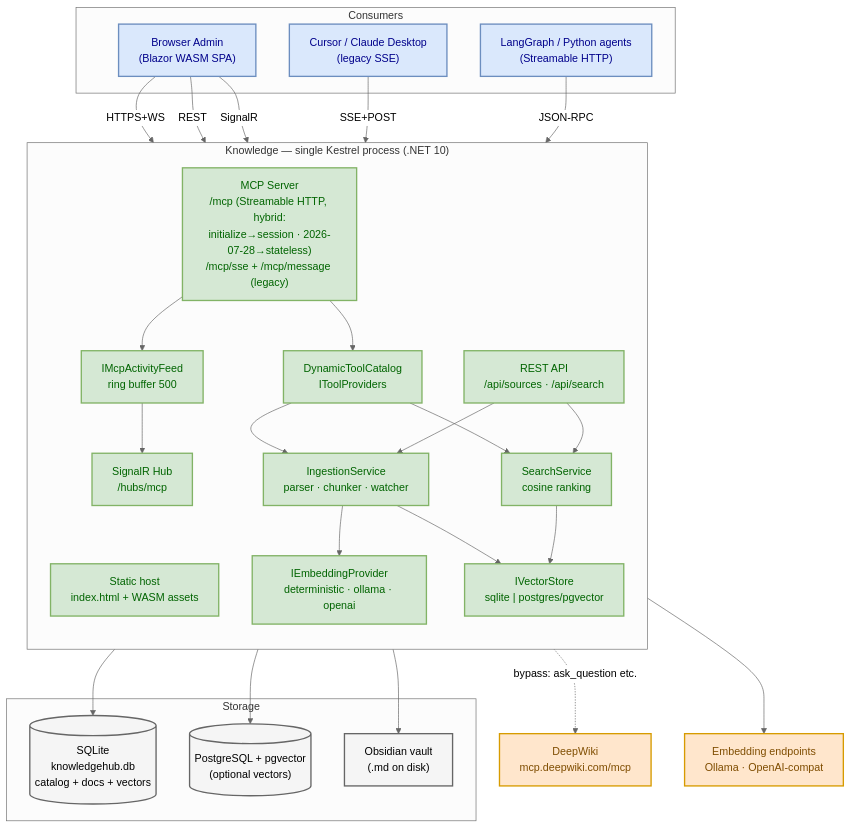
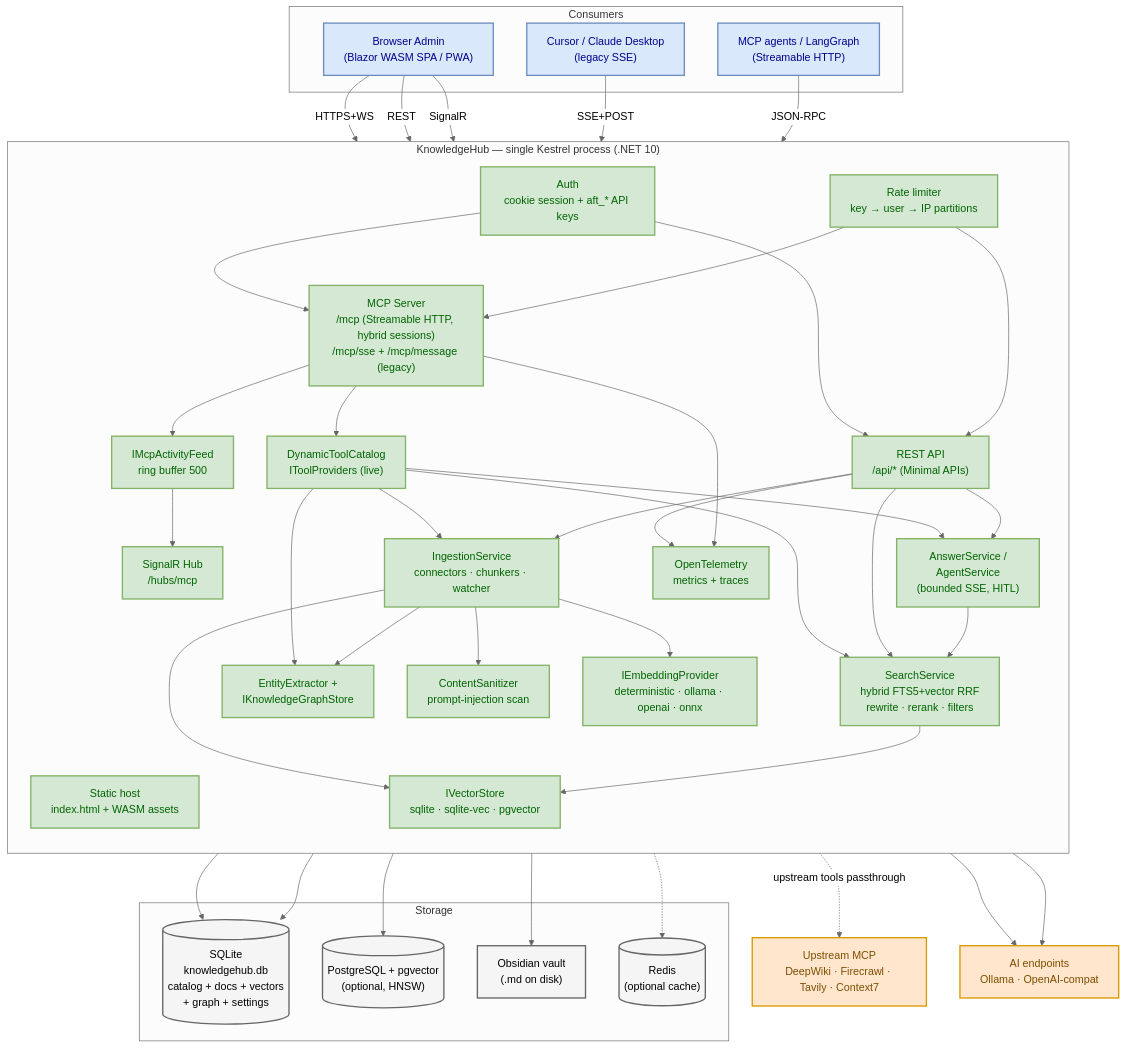
One commit to afonsoft/LangGraph-UI changed the first of 3 diagrams in docs/architecture/system-architecture.md. Above: the diagram before and after it, drawn with Mermaid. The commit also changed other lines of this file and 29 other files, not shown here.

First line of the commit message:
docs: refresh architecture docs, ADRs, READMEs, and aux guides (#173)

````diff
--- a/docs/architecture/system-architecture.md
+++ b/docs/architecture/system-architecture.md
@@ -10,33 +10,40 @@
 %%{init: {'theme':'neutral'}}%%
 flowchart TB
     subgraph Clients["Consumers"]
-        UI["Browser Admin<br/>(Blazor WASM SPA)"]
+        UI["Browser Admin<br/>(Blazor WASM SPA / PWA)"]
         CUR["Cursor / Claude Desktop<br/>(legacy SSE)"]
-        AG["LangGraph / Python agents<br/>(Streamable HTTP)"]
+        AG["MCP agents / LangGraph<br/>(Streamable HTTP)"]
     end
 
-    subgraph KH["Knowledge — single Kestrel process (.NET 10)"]
+    subgraph KH["KnowledgeHub — single Kestrel process (.NET 10)"]
         direction TB
         SPA["Static host<br/>index.html + WASM assets"]
-        API["REST API<br/>/api/sources · /api/search"]
-        MCP["MCP Server<br/>/mcp (Streamable HTTP, hybrid:<br/>initialize→session · 2026-07-28→stateless)<br/>/mcp/sse + /mcp/message (legacy)"]
+        API["REST API<br/>/api/* (Minimal APIs)"]
+        MCP["MCP Server<br/>/mcp (Streamable HTTP, hybrid sessions)<br/>/mcp/sse + /mcp/message (legacy)"]
         HUB["SignalR Hub<br/>/hubs/mcp"]
-        CAT["DynamicToolCatalog<br/>IToolProviders"]
-        ING["IngestionService<br/>parser · chunker · watcher"]
-        SRCH["SearchService<br/>cosine ranking"]
-        EMB["IEmbeddingProvider<br/>deterministic · ollama · openai"]
-        VEC["IVectorStore<br/>sqlite | postgres/pgvector"]
+        AUTH["Auth<br/>cookie session + aft_* API keys"]
+        RL["Rate limiter<br/>key → user → IP partitions"]
+        CAT["DynamicToolCatalog<br/>IToolProviders (live)"]
+        ING["IngestionService<br/>connectors · chunkers · watcher"]
+        SEC["ContentSanitizer<br/>prompt-injection scan"]
+        GRAPH["EntityExtractor +<br/>IKnowledgeGraphStore"]
+        SRCH["SearchService<br/>hybrid FTS5+vector RRF<br/>rewrite · rerank · filters"]
+        ANS["AnswerService /<br/>AgentService<br/>(bounded SSE, HITL)"]
+        EMB["IEmbeddingProvider<br/>deterministic · ollama · openai · onnx"]
+        VEC["IVectorStore<br/>sqlite · sqlite-vec · pgvector"]
+        TEL["OpenTelemetry<br/>metrics + traces"]
         FEED["IMcpActivityFeed<br/>ring buffer 500"]
     end
 
     subgraph Stores["Storage"]
-        SQL[("SQLite<br/>knowledgehub.db<br/>catalog + docs + vectors")]
-        PG[("PostgreSQL + pgvector<br/>(optional vectors)")]
+        SQL[("SQLite<br/>knowledgehub.db<br/>catalog + docs + vectors<br/>+ graph + settings")]
+        PG[("PostgreSQL + pgvector<br/>(optional, HNSW)")]
         VAULT["Obsidian vault<br/>(.md on disk)"]
+        REDIS[("Redis<br/>(optional cache)")]
     end
 
-    DW["DeepWiki<br/>mcp.deepwiki.com/mcp"]
-    LLM["Embedding endpoints<br/>Ollama · OpenAI-compat"]
+    UP["Upstream MCP<br/>DeepWiki · Firecrawl · Tavily · Context7"]
+    LLM["AI endpoints<br/>Ollama · OpenAI-compat"]
 
     UI -->|HTTPS+WS| SPA
     UI -->|REST| API
@@ -44,28 +51,43 @@
     CUR -->|SSE+POST| MCP
     AG -->|JSON-RPC| MCP
 
+    AUTH --> API
+    AUTH --> MCP
+    RL --> API
+    RL --> MCP
     MCP --> CAT
     MCP --> FEED
     FEED --> HUB
     CAT --> SRCH
+    CAT --> ANS
     CAT --> ING
+    CAT --> GRAPH
     API --> SRCH
+    API --> ANS
     API --> ING
+    ING --> SEC
     ING --> EMB
+    ING --> GRAPH
     ING --> VAULT
     ING --> VEC
     SRCH --> VEC
+    ANS --> SRCH
+    ANS --> LLM
+    EMB --> LLM
     VEC --> SQL
+    GRAPH --> SQL
     VEC --> PG
-    EMB --> LLM
-    CAT -.->|bypass: ask_question etc.| DW
+    VEC -.-> REDIS
+    CAT -.->|upstream tools passthrough| UP
+    API --> TEL
+    MCP --> TEL
 
     classDef client fill:#dae8fc,stroke:#6c8ebf,stroke-width:2px,color:darkblue
     classDef core fill:#d5e8d4,stroke:#82b366,stroke-width:2px,color:darkgreen
     classDef store fill:#f5f5f5,stroke:#666666,stroke-width:2px,color:black
     classDef ext fill:#ffe6cc,stroke:#d79b00,stroke-width:2px,color:#7f4d00
     class UI,CUR,AG client
-    class SPA,API,MCP,HUB,CAT,ING,SRCH,EMB,VEC,FEED core
-    class SQL,PG,VAULT store
-    class DW,LLM ext
+    class SPA,API,MCP,HUB,AUTH,RL,CAT,ING,SEC,GRAPH,SRCH,ANS,EMB,VEC,TEL,FEED core
+    class SQL,PG,VAULT,REDIS store
+    class UP,LLM ext
 ```
````
